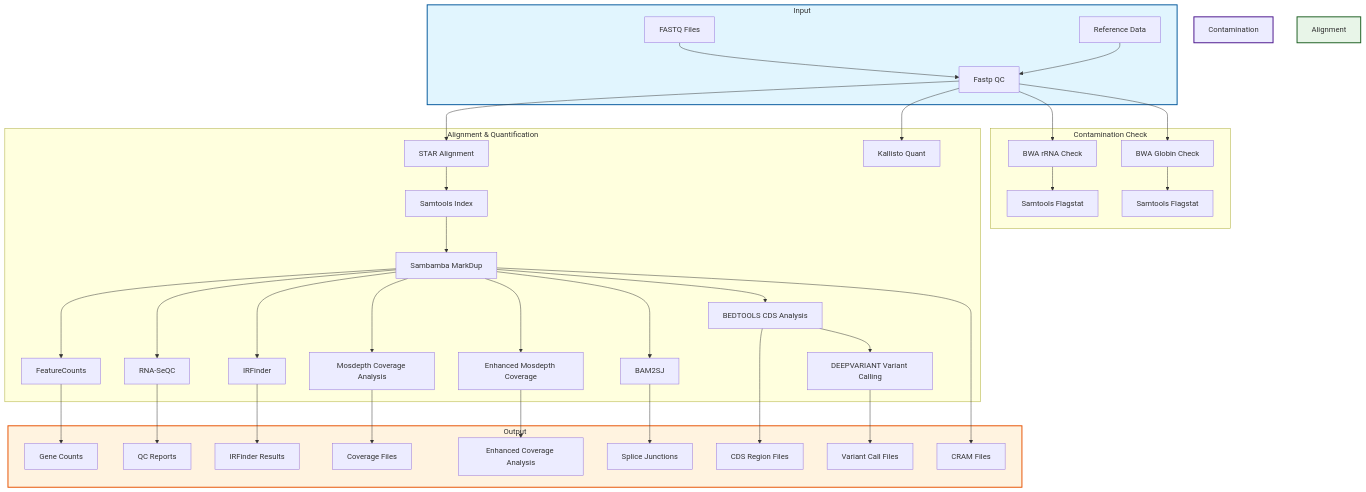
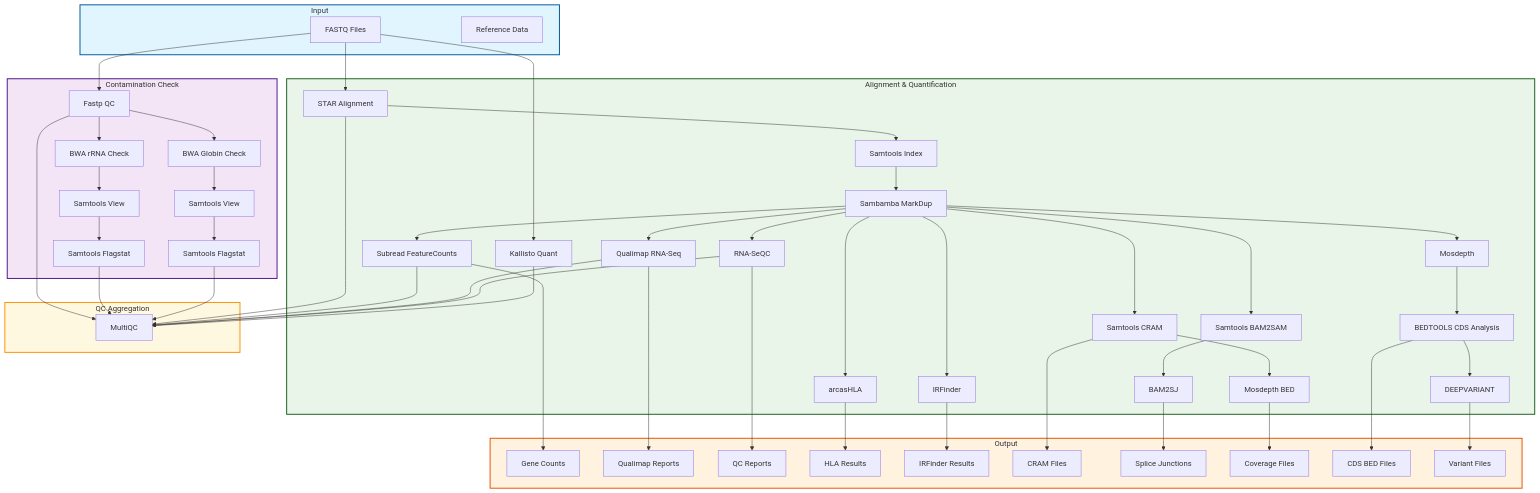
The diagram in README.md (uclanelsonlab/nl-rna-seq_wf), drawn with Mermaid before and after one commit. The commit also changed 1 other file, not shown here.

Commit message:
feat: udpate mermaid

````diff
--- a/README.md
+++ b/README.md
@@ -27,46 +27,66 @@
 ```mermaid
 graph TB
     subgraph Input
-        A1[FASTQ Files] --> B1[Fastp QC]
-        A2[Reference Data] --> B1
+        A1[FASTQ Files]
+        A2[Reference Data]
     end
 
-    subgraph Contamination Check
+    subgraph Contamination_Check["Contamination Check"]
+        A1 --> B1[Fastp QC]
         B1 --> C1[BWA rRNA Check]
         B1 --> C2[BWA Globin Check]
-        C1 --> D1[Samtools Flagstat]
-        C2 --> D2[Samtools Flagstat]
+        C1 --> D1[Samtools View]
+        C2 --> D2[Samtools View]
+        D1 --> E1[Samtools Flagstat]
+        D2 --> E2[Samtools Flagstat]
     end
 
-    subgraph Alignment & Quantification
-        B1 --> E1[STAR Alignment]
-        B1 --> E2[Kallisto Quant]
-        E1 --> F1[Samtools Index]
-        F1 --> F2[Sambamba MarkDup]
-        F2 --> G1[FeatureCounts]
-        F2 --> G2[RNA-SeQC]
-        F2 --> G3[IRFinder]
-        F2 --> G4[Mosdepth Coverage Analysis]
-        F2 --> G4b[Enhanced Mosdepth Coverage]
-        F2 --> G5[BAM2SJ]
-        F2 --> G6[BEDTOOLS CDS Analysis]
-        G6 --> G7[DEEPVARIANT Variant Calling]
+    subgraph Alignment_Quant["Alignment & Quantification"]
+        A1 --> F1[STAR Alignment]
+        A1 --> F2[Kallisto Quant]
+        F1 --> G1[Samtools Index]
+        G1 --> G2[Sambamba MarkDup]
+        G2 --> H1[Subread FeatureCounts]
+        G2 --> H2[Qualimap RNA-Seq]
+        G2 --> H3[RNA-SeQC]
+        G2 --> H4[arcasHLA]
+        G2 --> H5[IRFinder]
+        G2 --> H6[Samtools CRAM]
+        G2 --> H7[Samtools BAM2SAM]
+        H7 --> H8[BAM2SJ]
+        H6 --> H9[Mosdepth BED]
+        G2 --> H10[Mosdepth]
+        H10 --> H11[BEDTOOLS CDS Analysis]
+        H11 --> H12[DEEPVARIANT]
+    end
+
+    subgraph QC_Aggregation["QC Aggregation"]
+        B1 --> M1
+        E1 --> M1[MultiQC]
+        E2 --> M1
+        F1 --> M1
+        H1 --> M1
+        H2 --> M1
+        H3 --> M1
+        F2 --> M1
     end
 
     subgraph Output
-        G1 --> H1[Gene Counts]
-        G2 --> H2[QC Reports]
-        G3 --> H3[IRFinder Results]
-        G4 --> H4[Coverage Files]
-        G4b --> H4b[Enhanced Coverage Analysis]
-        G5 --> H5[Splice Junctions]
-        G6 --> H6[CDS Region Files]
-        G7 --> H7[Variant Call Files]
-        F2 --> H8[CRAM Files]
+        H1 --> O1[Gene Counts]
+        H2 --> O2[Qualimap Reports]
+        H3 --> O3[QC Reports]
+        H4 --> O4[HLA Results]
+        H5 --> O5[IRFinder Results]
+        H6 --> O6[CRAM Files]
+        H8 --> O7[Splice Junctions]
+        H9 --> O8[Coverage Files]
+        H11 --> O9[CDS BED Files]
+        H12 --> O10[Variant Files]
     end
 
     style Input fill:#e1f5fe,stroke:#01579b,stroke-width:2px
-    style Contamination Check fill:#f3e5f5,stroke:#4a148c,stroke-width:2px
-    style Alignment fill:#e8f5e8,stroke:#1b5e20,stroke-width:2px
+    style Contamination_Check fill:#f3e5f5,stroke:#4a148c,stroke-width:2px
+    style Alignment_Quant fill:#e8f5e8,stroke:#1b5e20,stroke-width:2px
+    style QC_Aggregation fill:#fff8e1,stroke:#ff8f00,stroke-width:2px
     style Output fill:#fff3e0,stroke:#e65100,stroke-width:2px
 ```
````
